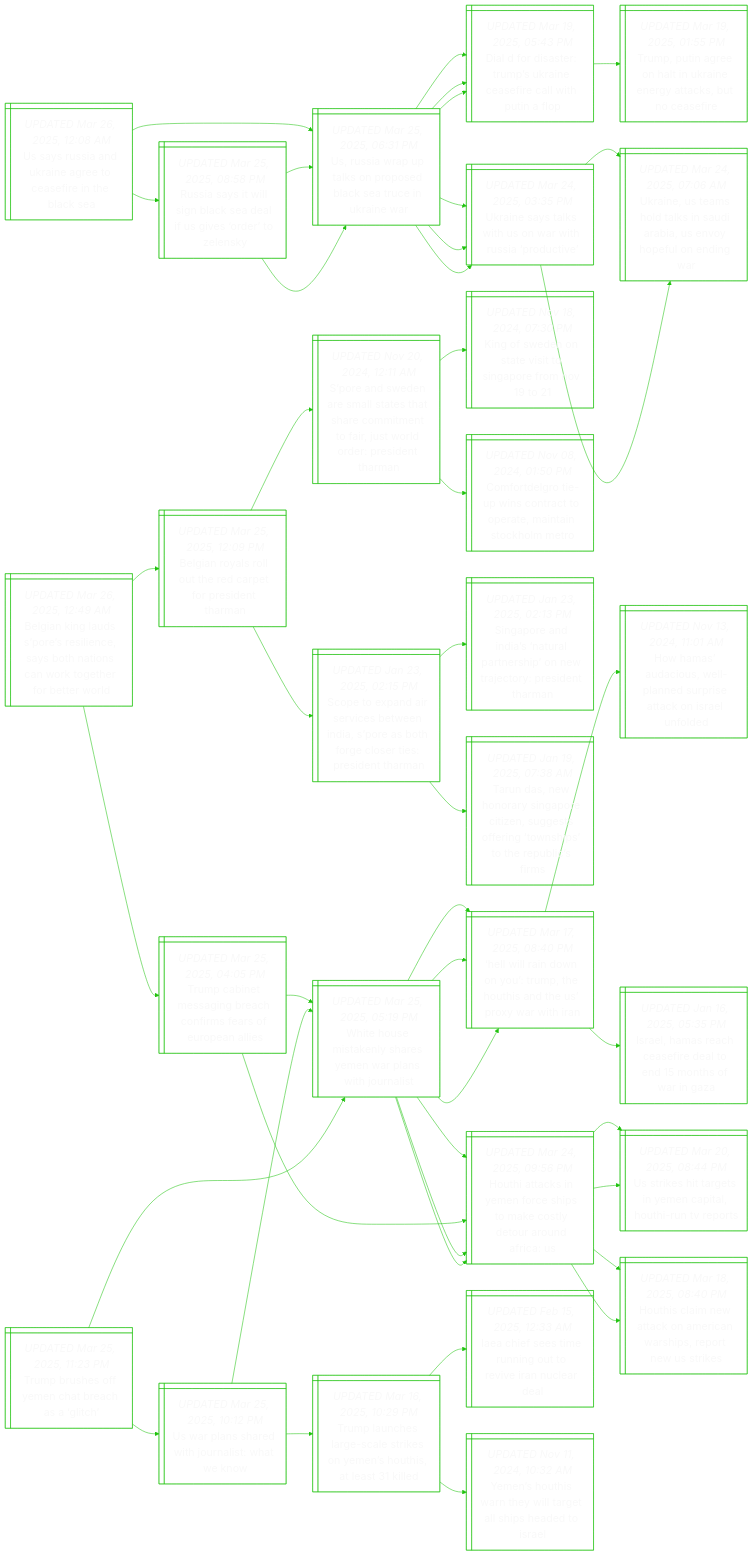
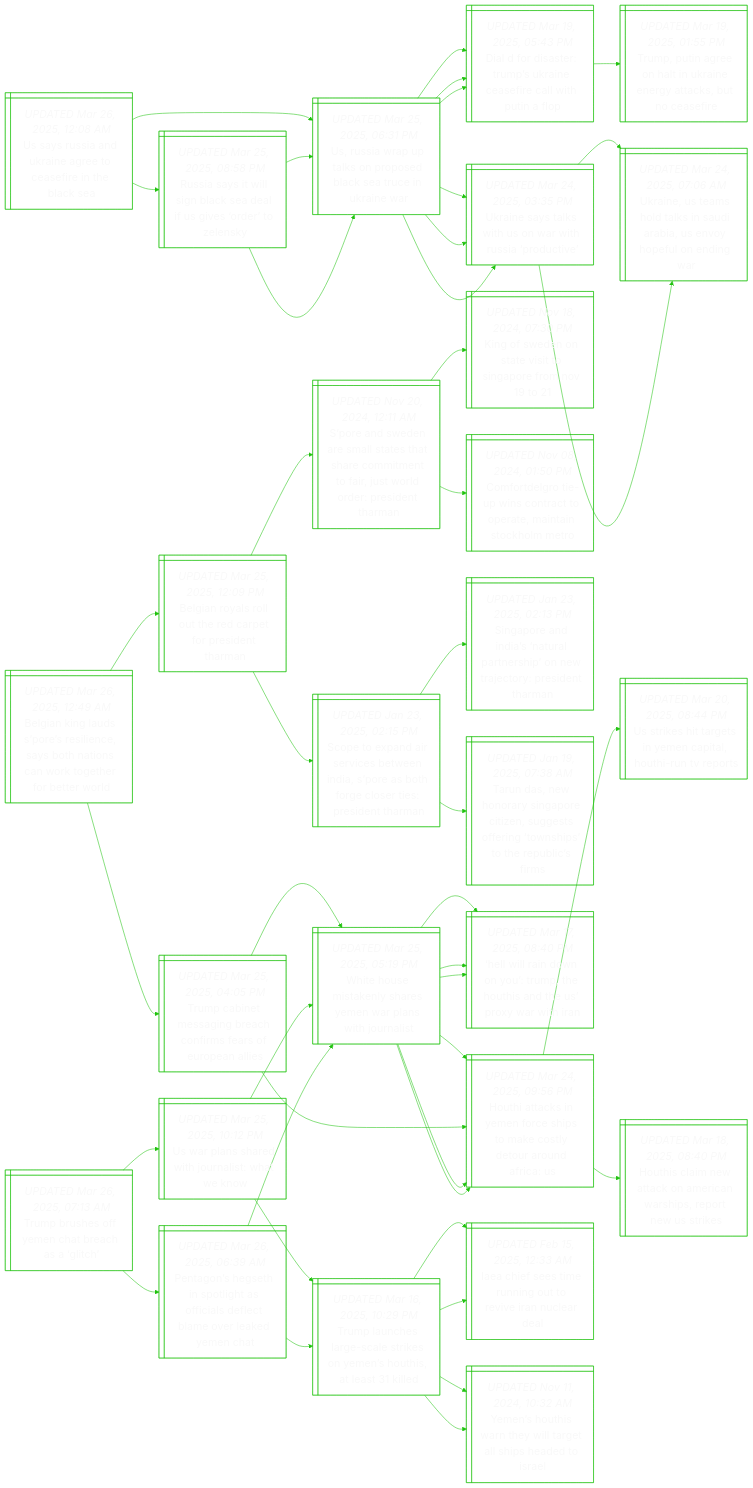
The diagram in README.md (notJmes/notJmes), drawn with Mermaid before and after one commit. The commit also changed other lines of this file, not shown here.

````diff
--- a/README.md
+++ b/README.md
@@ -105,7 +105,7 @@
 HicYfsteloofU:::txtsize --> Uiignntuues:::txtsize
 HicYfsteloofU:::txtsize --> Hiiakenhense:::txtsize
 
-TbeYcrai@{ shape: win-pane, label: "_UPDATED Mar 25, 2025, 11:23 PM_
+TbeYcrai@{ shape: win-pane, label: "_UPDATED Mar 26, 2025, 07:13 AM_
 Trump brushes off yemen chat breach as a ‘glitch’" }
 UpsdjaWe@{ shape: win-pane, label: "_UPDATED Mar 25, 2025, 10:12 PM_
 Us war plans shared with journalist: what we know" }
@@ -121,20 +121,20 @@
 ‘hell will rain down on you’: trump, the houthis and the us’ proxy war with iran" }
 HicYfsteloofU@{ shape: win-pane, label: "_UPDATED Mar 24, 2025, 09:56 PM_
 Houthi attacks in yemen force ships to make costly detour around africa: us" }
+PgehohfafboeYc@{ shape: win-pane, label: "_UPDATED Mar 26, 2025, 06:39 AM_
+Pentagon’s hegseth in spotlight as officials deflect blame over leaked yemen chat" }
 WHmkssnliui@{ shape: win-pane, label: "_UPDATED Mar 25, 2025, 05:19 PM_
 White house mistakenly shares yemen war plans with journalist" }
 Hiinuposhrah@{ shape: win-pane, label: "_UPDATED Mar 17, 2025, 08:40 PM_
 ‘hell will rain down on you’: trump, the houthis and the us’ proxy war with iran" }
-Hmdulnrecsud@{ shape: win-pane, label: "_UPDATED Nov 13, 2024, 11:01 AM_
-How hamas’ audacious, well-planned surprise attack on israel unfolded" }
-Ilshedoooia@{ shape: win-pane, label: "_UPDATED Jan 16, 2025, 05:35 PM_
-Israel, hamas reach ceasefire deal to end 15 months of war in gaza" }
 HicYfsteloofU@{ shape: win-pane, label: "_UPDATED Mar 24, 2025, 09:56 PM_
 Houthi attacks in yemen force ships to make costly detour around africa: us" }
-Uiignntuues@{ shape: win-pane, label: "_UPDATED Mar 20, 2025, 08:44 PM_
-Us strikes hit targets in yemen capital, houthi-run tv reports" }
-Hiiakenhense@{ shape: win-pane, label: "_UPDATED Mar 18, 2025, 08:40 PM_
-Houthis claim new attack on american warships, report new us strikes" }
+Tlhraroeuasl@{ shape: win-pane, label: "_UPDATED Mar 16, 2025, 10:29 PM_
+Trump launches large-scale strikes on yemen’s houthis, at least 31 killed" }
+IhemnueIur@{ shape: win-pane, label: "_UPDATED Feb 15, 2025, 12:33 AM_
+Iaea chief sees time running out to revive iran nuclear deal" }
+Yshryttheta@{ shape: win-pane, label: "_UPDATED Nov 11, 2024, 10:32 AM_
+Yemen’s houthis warn they will target all ships headed to israel" }
 
 TbeYcrai:::txtsize --> UpsdjaWe:::txtsize
 UpsdjaWe:::txtsize --> Tlhraroeuasl:::txtsize
@@ -143,12 +143,12 @@
 UpsdjaWe:::txtsize --> WHmkssnliui:::txtsize
 WHmkssnliui:::txtsize --> Hiinuposhrah:::txtsize
 WHmkssnliui:::txtsize --> HicYfsteloofU:::txtsize
-TbeYcrai:::txtsize --> WHmkssnliui:::txtsize
+TbeYcrai:::txtsize --> PgehohfafboeYc:::txtsize
+PgehohfafboeYc:::txtsize --> WHmkssnliui:::txtsize
 WHmkssnliui:::txtsize --> Hiinuposhrah:::txtsize
-Hiinuposhrah:::txtsize --> Hmdulnrecsud:::txtsize
-Hiinuposhrah:::txtsize --> Ilshedoooia:::txtsize
 WHmkssnliui:::txtsize --> HicYfsteloofU:::txtsize
-HicYfsteloofU:::txtsize --> Uiignntuues:::txtsize
-HicYfsteloofU:::txtsize --> Hiiakenhense:::txtsize
+PgehohfafboeYc:::txtsize --> Tlhraroeuasl:::txtsize
+Tlhraroeuasl:::txtsize --> IhemnueIur:::txtsize
+Tlhraroeuasl:::txtsize --> Yshryttheta:::txtsize
 
 ```
````
